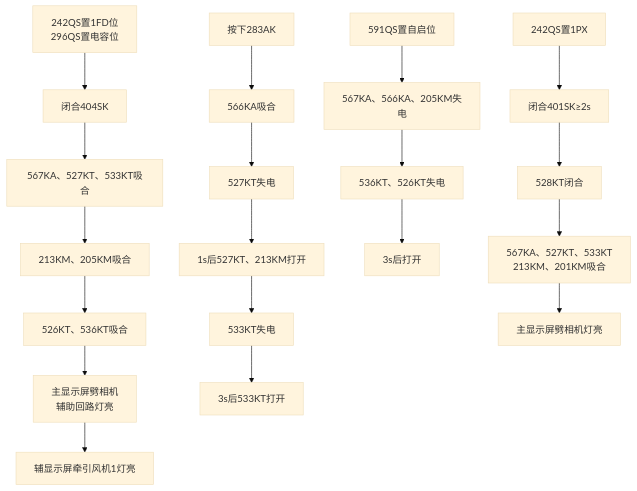
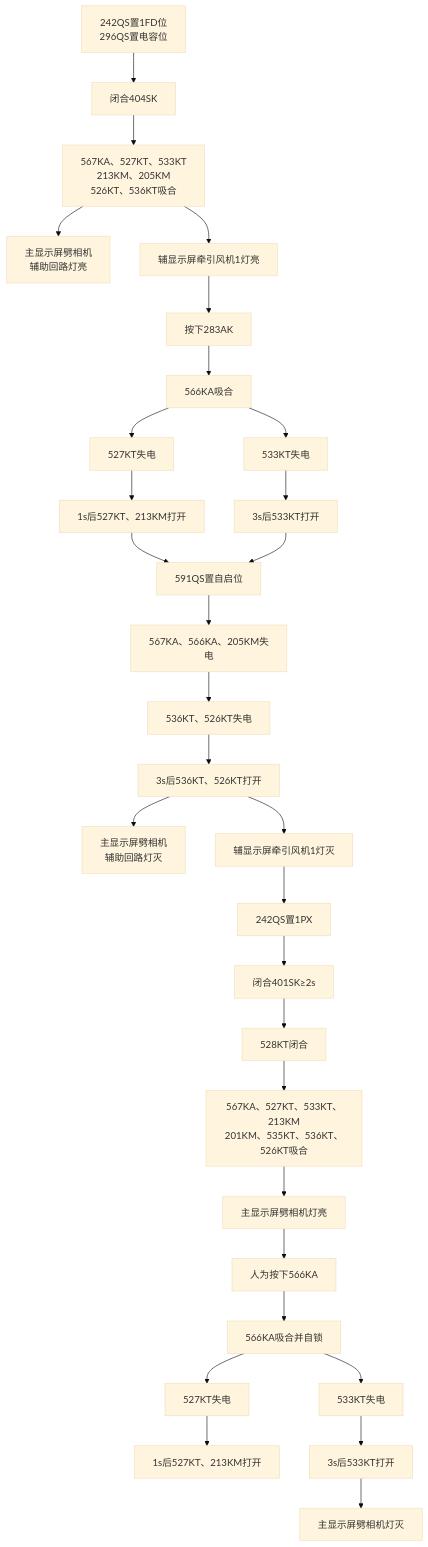
The sixth of 10 diagrams in 2026实训/低压试验 0907-0924/低压试验笔记.md (cjy0812/23school-note), drawn with Mermaid (base theme) before and after one commit. The commit also changed other lines of this file, not shown here.

Commit message:
fix: 低压实验-流程图走向错误
修复汇总(14处):

1. 三、司机台钥匙: 并行结果串行连接 → A→E并行分支
2. 四、保护电路: Q节点缺动作词 → 补全'人为闭合'
3. 五、主断路器: 灯灭挂在延时后 → C→F→G与D→E并行
4. 六、劈相机: 7个继电器串行 → 合并为单节点
5. 六、劈相机: 显示灯串行 → C→D+C→E并行分支
6. 六、劈相机: 4段孤立 → 连通G→F, K/J→L, Q→R
7. 六、劈相机: 延时串行 → G→H+G→I并行分支
8. 六、劈相机: 步骤4缺灯灭+Q模糊 → 补P/Q灯灭节点
9. 六、劈相机: 步骤6.2缺3个继电器 → 补535KT/536KT/526KT
10. 六、劈相机: 步骤6.4-6.5缺失 → 补W→X→Y/Z→AA/AB→AC
11. 七、空压机: E孤立 → C→E+D→E连通
12. 八、牵引风机: E→F因果倒置 → C→F(延时从535KT失电触发)
13. 九、制动风机: E→F因果倒置 → C→F(延时从526KT失电触发)
14. 十、司机控制器: 4段孤立 → D→E, I→J, O→P连通

````diff
--- a/2026实训/低压试验 0907-0924/低压试验笔记.md
+++ b/2026实训/低压试验 0907-0924/低压试验笔记.md
@@ -223,36 +223,45 @@
 ```mermaid
 flowchart TD
 
 A[242QS置1FD位<br>296QS置电容位]
 --> B[闭合404SK]
 
-B --> C[567KA、527KT、533KT吸合]
-C --> D[213KM、205KM吸合]
-D --> E[526KT、536KT吸合]
+B --> C[567KA、527KT、533KT<br>213KM、205KM<br>526KT、536KT吸合]
 
-E --> F[主显示屏劈相机<br>辅助回路灯亮]
-F --> G[辅显示屏牵引风机1灯亮]
+C --> D[主显示屏劈相机<br>辅助回路灯亮]
+C --> E[辅显示屏牵引风机1灯亮]
 
+E --> F[按下283AK]
+F --> G[566KA吸合]
 
-H[按下283AK]
-H --> I[566KA吸合]
-I --> J[527KT失电]
-J --> K[1s后527KT、213KM打开]
+G --> H[527KT失电]
+G --> I[533KT失电]
 
-K --> L[533KT失电]
-L --> M[3s后533KT打开]
+H --> J[1s后527KT、213KM打开]
+I --> K[3s后533KT打开]
 
+J --> L[591QS置自启位]
+K --> L
 
-N[591QS置自启位]
-N --> O[567KA、566KA、205KM失电]
-O --> P[536KT、526KT失电]
-P --> Q[3s后打开]
+L --> M[567KA、566KA、205KM失电]
+M --> N[536KT、526KT失电]
+N --> O[3s后536KT、526KT打开]
 
+O --> P[主显示屏劈相机<br>辅助回路灯灭]
+O --> Q[辅显示屏牵引风机1灯灭]
 
-R[242QS置1PX]
+Q --> R[242QS置1PX]
 R --> S[闭合401SK≥2s]
 S --> T[528KT闭合]
-T --> U[567KA、527KT、533KT<br>213KM、201KM吸合]
+T --> U[567KA、527KT、533KT、213KM<br>201KM、535KT、536KT、526KT吸合]
 
 U --> V[主显示屏劈相机灯亮]
+
+V --> W[人为按下566KA]
+W --> X[566KA吸合并自锁]
+X --> Y[527KT失电]
+X --> Z[533KT失电]
+Y --> AA[1s后527KT、213KM打开]
+Z --> AB[3s后533KT打开]
+AB --> AC[主显示屏劈相机灯灭]
 ```
````
